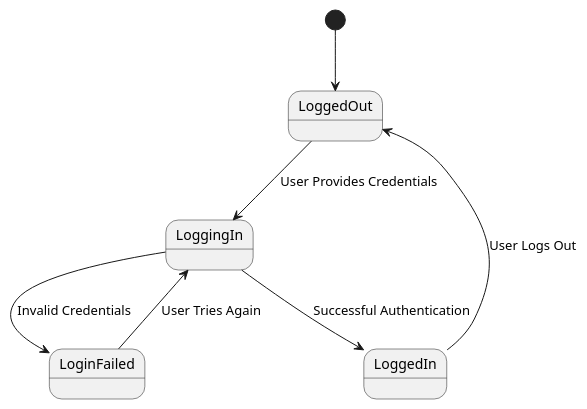
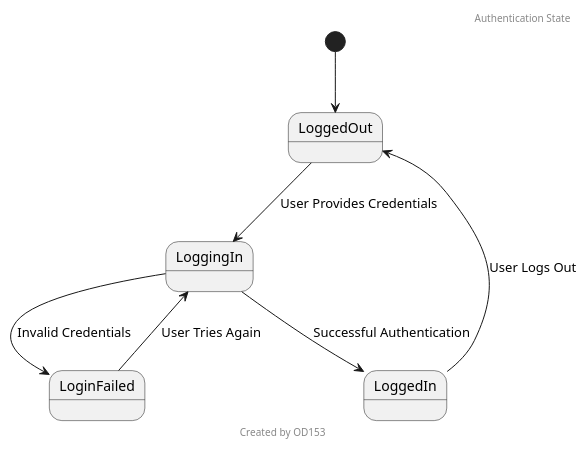
Before and after one commit to donassis/e-commerce: the diagram in uml/state/auth-state.puml, drawn with PlantUML. The commit also changed 91 other files, not shown here.

Commit message:
updated diagrams with headers and footers

```diff
--- a/uml/state/auth-state.puml
+++ b/uml/state/auth-state.puml
@@ -1,8 +1,10 @@
 @startuml
+header Authentication State
+footer Created by OD153
 [*] --> LoggedOut
 LoggedOut --> LoggingIn : User Provides Credentials
 LoggingIn --> LoggedIn : Successful Authentication
 LoggingIn --> LoginFailed : Invalid Credentials
 LoginFailed --> LoggingIn : User Tries Again
 LoggedIn --> LoggedOut : User Logs Out
 @enduml
```
